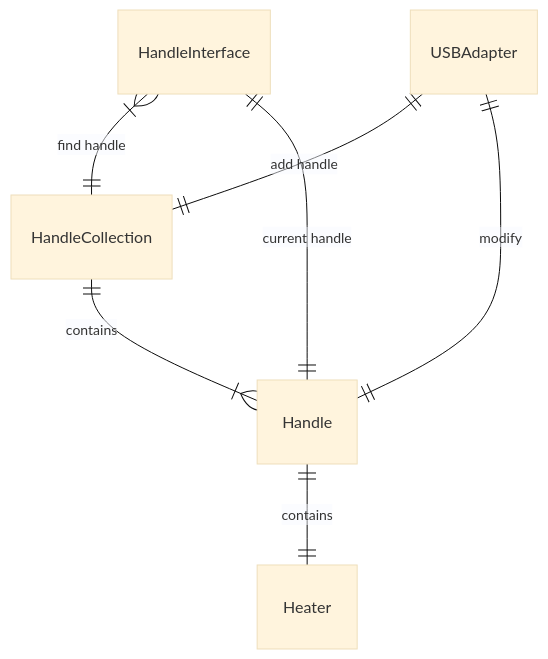
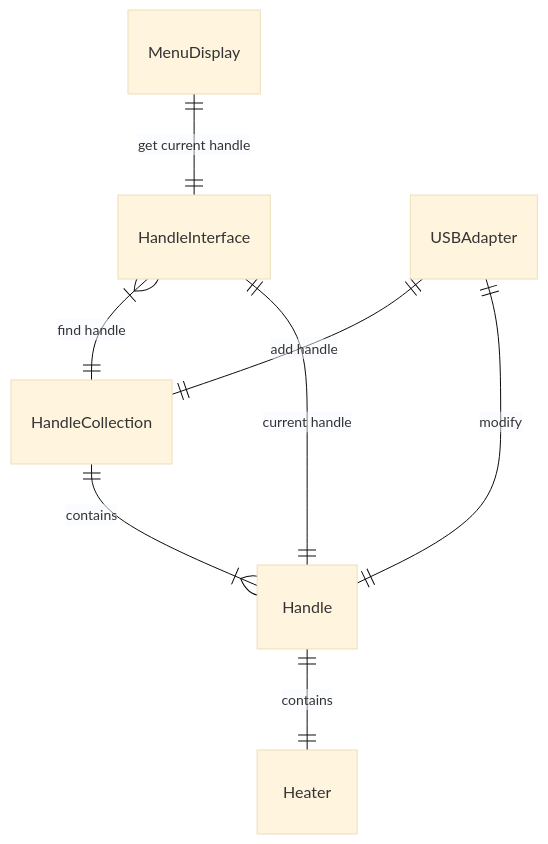
One commit to flobirn/actidriver changed the diagram in docs/interactions.md. Above: the diagram before and after it, drawn with Mermaid (base theme).

````diff
--- a/docs/interactions.md
+++ b/docs/interactions.md
@@ -1,23 +1,25 @@
 ```mermaid
 erDiagram
 HandleCollection {
 
 }
 
 HandleInterface {
 }
 
 Handle {
 }
 
 HandleCollection ||--|{ Handle : contains
 Handle ||--|| Heater : contains
 
 USBAdapter ||--|| HandleCollection : "add handle"
 
 HandleInterface }|--|| HandleCollection : "find handle"
 
 HandleInterface ||--|| Handle : "current handle"
 
 USBAdapter ||--|| Handle : modify
+
+MenuDisplay ||--|| HandleInterface : "get current handle"
 ```
````
